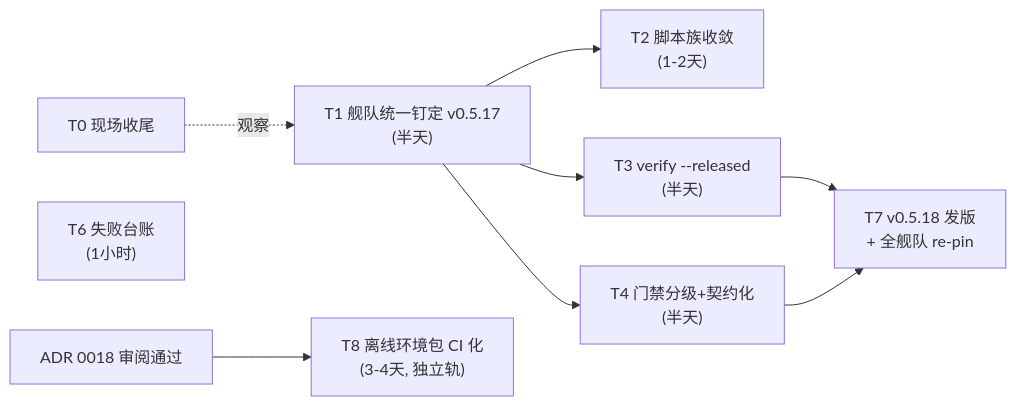
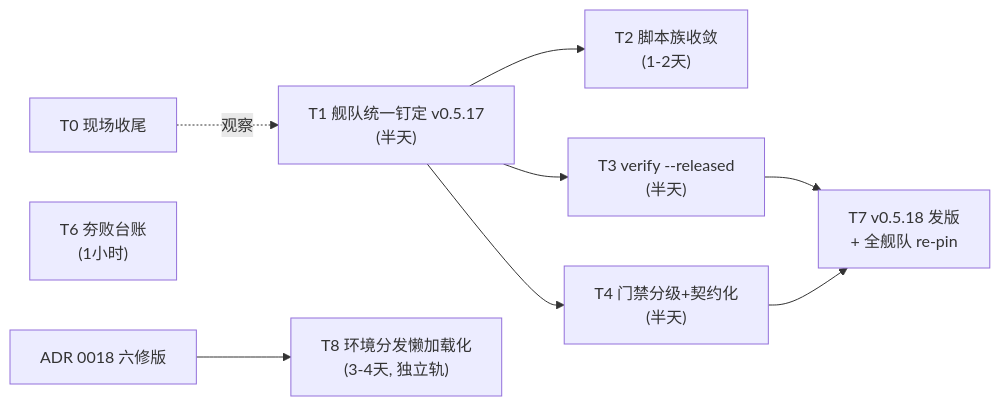
One commit to shichao402/relkit changed the diagram in docs/_pending/2026-10-04-ci-release-stability-plan.md. Above: the diagram before and after it, drawn with Mermaid. The commit also changed other lines of this file and 1 other file, not shown here.

````diff
--- a/docs/_pending/2026-10-04-ci-release-stability-plan.md
+++ b/docs/_pending/2026-10-04-ci-release-stability-plan.md
@@ -24,11 +24,11 @@
 ```mermaid
 graph LR
     T0["T0 现场收尾"] -.观察.-> T1["T1 舰队统一钉定 v0.5.17<br/>(半天)"]
     T1 --> T2["T2 脚本族收敛<br/>(1-2天)"]
     T1 --> T3["T3 verify --released<br/>(半天)"]
     T1 --> T4["T4 门禁分级+契约化<br/>(半天)"]
     T3 --> T7["T7 v0.5.18 发版<br/>+ 全舰队 re-pin"]
     T4 --> T7
-    T6["T6 失败台账<br/>(1小时)"]
-    A["ADR 0018 审阅通过"] --> T8["T8 离线环境包 CI 化<br/>(3-4天, 独立轨)"]
+    T6["T6 夯败台账<br/>(1小时)"]
+    A["ADR 0018 六修版"] --> T8["T8 环境分发懒加载化<br/>(3-4天, 独立轨)"]
 ```
````
